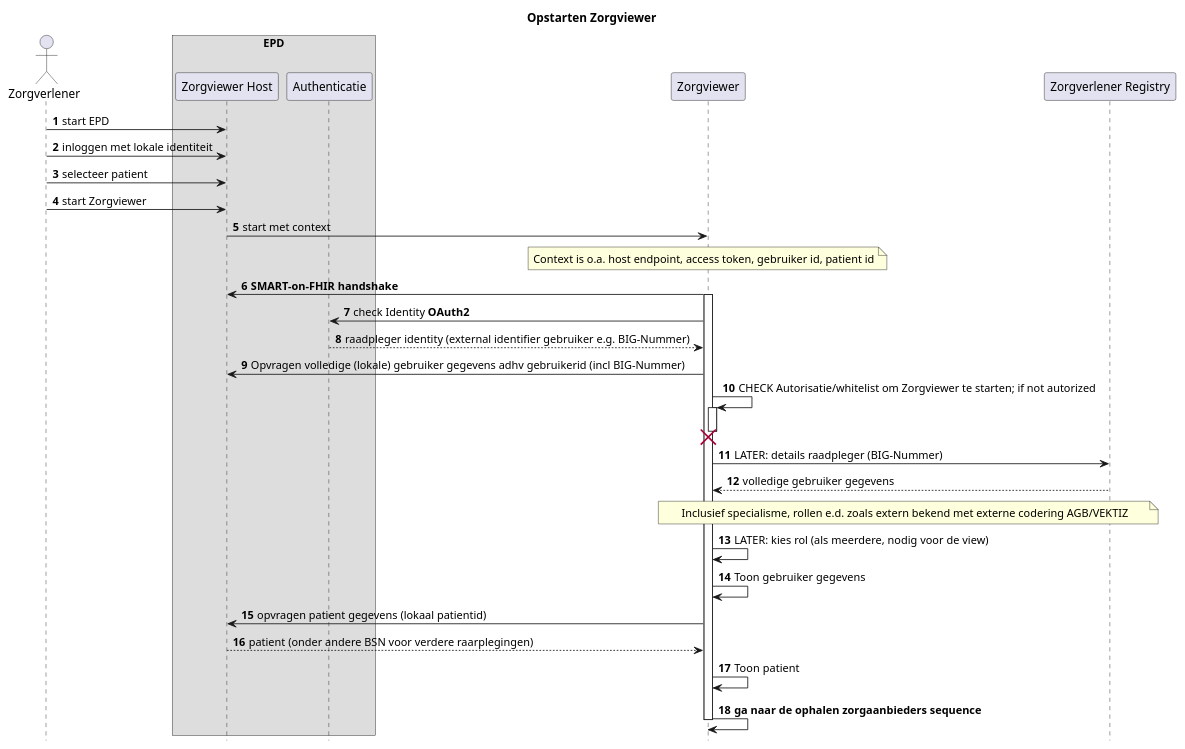
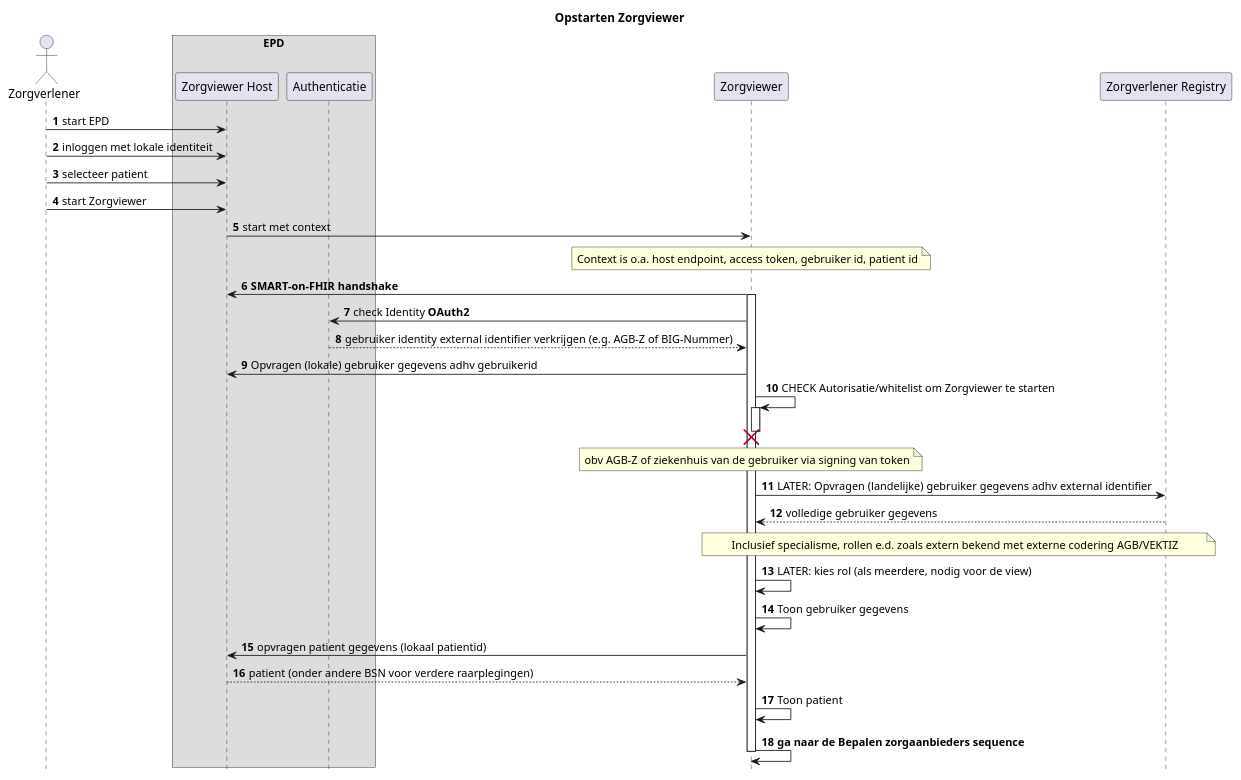
One commit to RIVO-Noord/zorgviewer-ig changed the diagram in input/images-source/Zorgviewer-seq-1.plantuml. Above: the diagram before and after it, drawn with PlantUML. The commit also changed 9 other files, not shown here.

```diff
--- a/input/images-source/Zorgviewer-seq-1.plantuml
+++ b/input/images-source/Zorgviewer-seq-1.plantuml
@@ -1,50 +1,53 @@
 @startuml
 hide footbox
 autonumber
 
 title Opstarten Zorgviewer
 
 actor Zorgverlener
 box "EPD"
 participant "Zorgviewer Host" as Host
 participant Authenticatie
 end box
 participant Zorgviewer
 participant "Zorgverlener Registry" as ZorgverlenerRegistry
 
 Zorgverlener->Host: start EPD
 Zorgverlener->Host: inloggen met lokale identiteit
 Zorgverlener->Host: selecteer patient
 Zorgverlener->Host: start Zorgviewer
 Host->Zorgviewer: start met context
 note over Zorgviewer
  Context is o.a. host endpoint, access token, gebruiker id, patient id
 end note
 Zorgviewer->Host: **SMART-on-FHIR handshake**
 
 activate Zorgviewer
 Zorgviewer->Authenticatie: check Identity **OAuth2**
-Authenticatie-->Zorgviewer: raadpleger identity (external identifier gebruiker e.g. BIG-Nummer)
-Zorgviewer->Host: Opvragen volledige (lokale) gebruiker gegevens adhv gebruikerid (incl BIG-Nummer)
-Zorgviewer->Zorgviewer++: CHECK Autorisatie/whitelist om Zorgviewer te starten; if not autorized
+Authenticatie-->Zorgviewer: gebruiker identity external identifier verkrijgen (e.g. AGB-Z of BIG-Nummer)
+Zorgviewer->Host: Opvragen (lokale) gebruiker gegevens adhv gebruikerid
+Zorgviewer->Zorgviewer++: CHECK Autorisatie/whitelist om Zorgviewer te starten
+note over Zorgviewer
+    obv AGB-Z of ziekenhuis van de gebruiker via signing van token
+end note
 destroy Zorgviewer
 
-Zorgviewer->ZorgverlenerRegistry: LATER: details raadpleger (BIG-Nummer)
-ZorgverlenerRegistry-->Zorgviewer: volledige gebruiker gegevens 
+Zorgviewer->ZorgverlenerRegistry: LATER: Opvragen (landelijke) gebruiker gegevens adhv external identifier
+ZorgverlenerRegistry-->Zorgviewer: volledige gebruiker gegevens
 note over ZorgverlenerRegistry,Zorgviewer
   Inclusief specialisme, rollen e.d. zoals extern bekend met externe codering AGB/VEKTIZ
 end note
 
 Zorgviewer->Zorgviewer: LATER: kies rol (als meerdere, nodig voor de view)
 
 Zorgviewer->Zorgviewer: Toon gebruiker gegevens
 
 Zorgviewer->Host: opvragen patient gegevens (lokaal patientid)
 Host-->Zorgviewer: patient (onder andere BSN voor verdere raarplegingen)
 Zorgviewer->Zorgviewer: Toon patient
 
-Zorgviewer->Zorgviewer: **ga naar de ophalen zorgaanbieders sequence**
+Zorgviewer->Zorgviewer: **ga naar de Bepalen zorgaanbieders sequence**
 
 deactivate Zorgviewer
 
 @enduml
```
